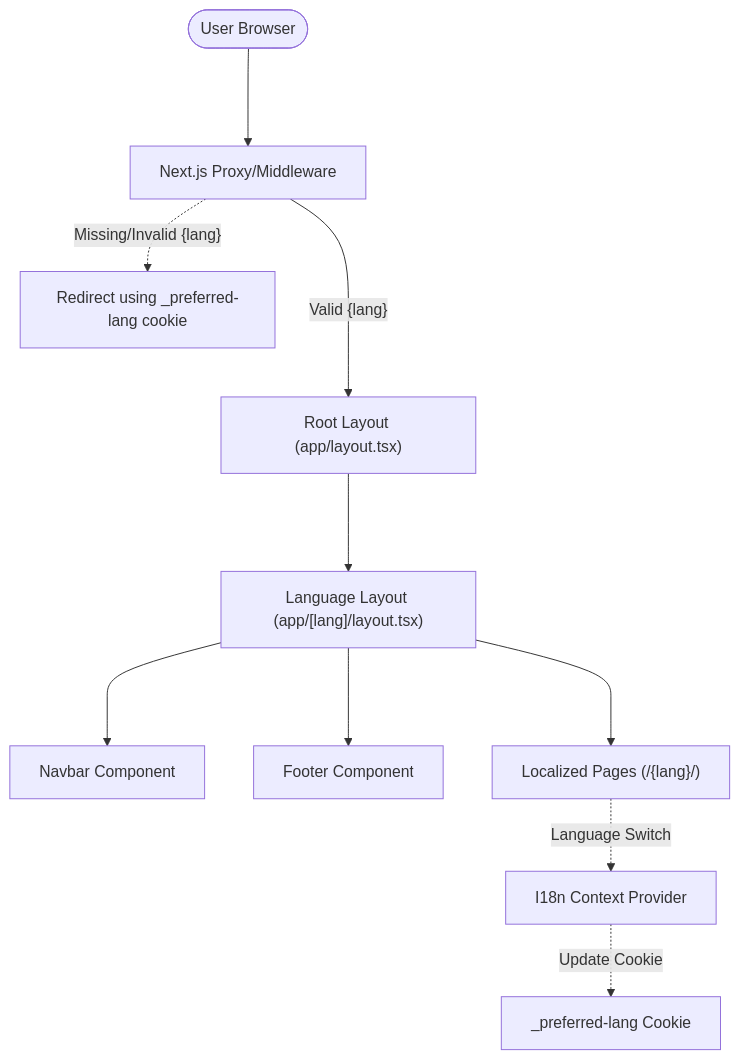
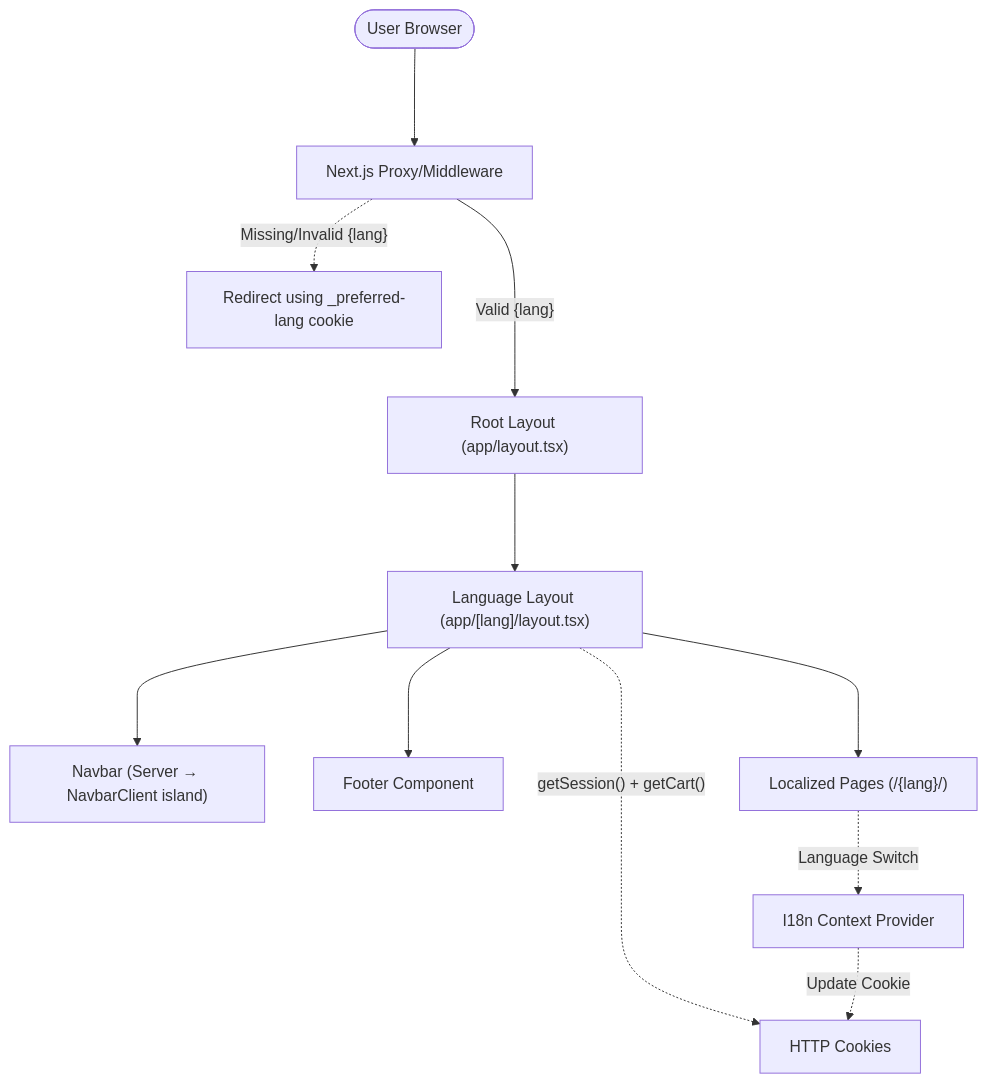
Before and after one commit to prothegee/gamestore-fe-store: the first of 3 diagrams in docs/HLD.md, drawn with Mermaid. The commit also changed other lines of this file and 30 other files, not shown here.

First line of the commit message:
feat: implement hybrid server-first architecture with extracted client form components

````diff
--- a/docs/HLD.md
+++ b/docs/HLD.md
@@ -9,16 +9,17 @@
 ```mermaid
 graph TD
     User([User Browser]) ---> Proxy[Next.js Proxy/Middleware]
     
     Proxy -.-> |"Missing/Invalid {lang}"| Redirect["Redirect using _preferred-lang cookie"]
     Proxy ---> |"Valid {lang}"| AppLayout["Root Layout (app/layout.tsx)"]
     
     AppLayout ---> LangLayout["Language Layout (app/[lang]/layout.tsx)"]
+    LangLayout -.-> |"getSession() + getCart()"| Cookie["HTTP Cookies"]
     
-    LangLayout ---> Navbar["Navbar Component"]
+    LangLayout ---> Navbar["Navbar (Server → NavbarClient island)"]
     LangLayout ---> Footer["Footer Component"]
     LangLayout ---> Pages["Localized Pages (/{lang}/<page>)"]
     
     Pages -.-> |"Language Switch"| I18nContext["I18n Context Provider"]
-    I18nContext -.-> |"Update Cookie"| Cookie["_preferred-lang Cookie"]
+    I18nContext -.-> |"Update Cookie"| Cookie
 ```
````
